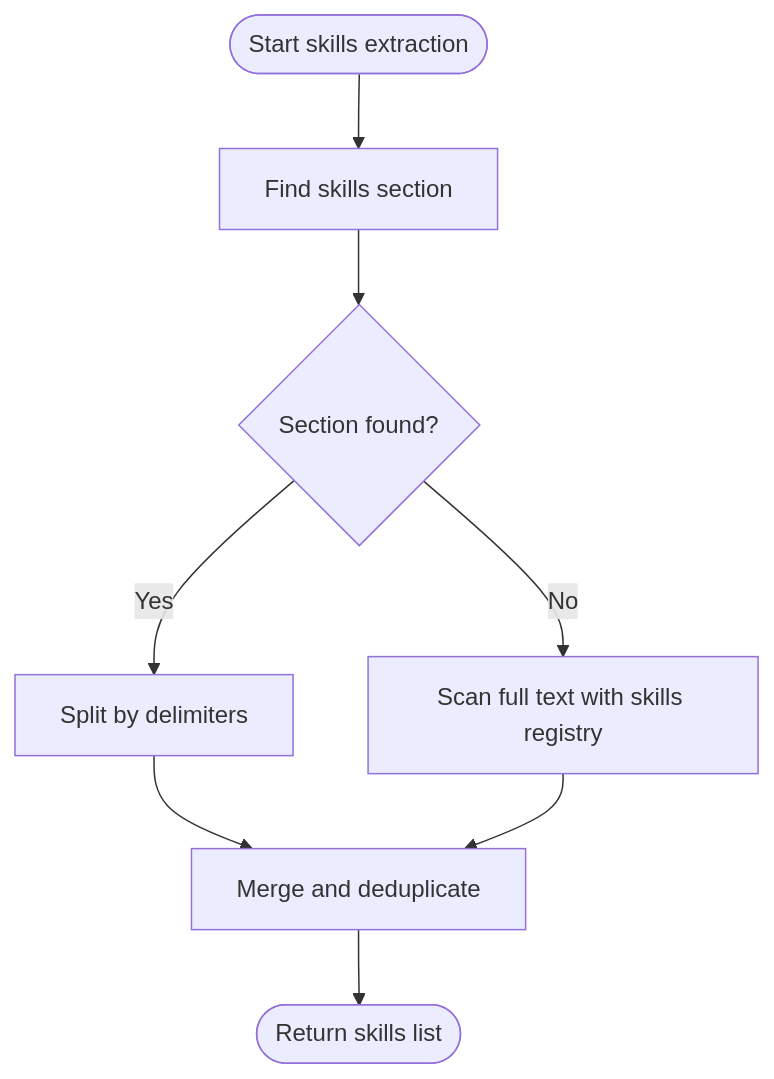
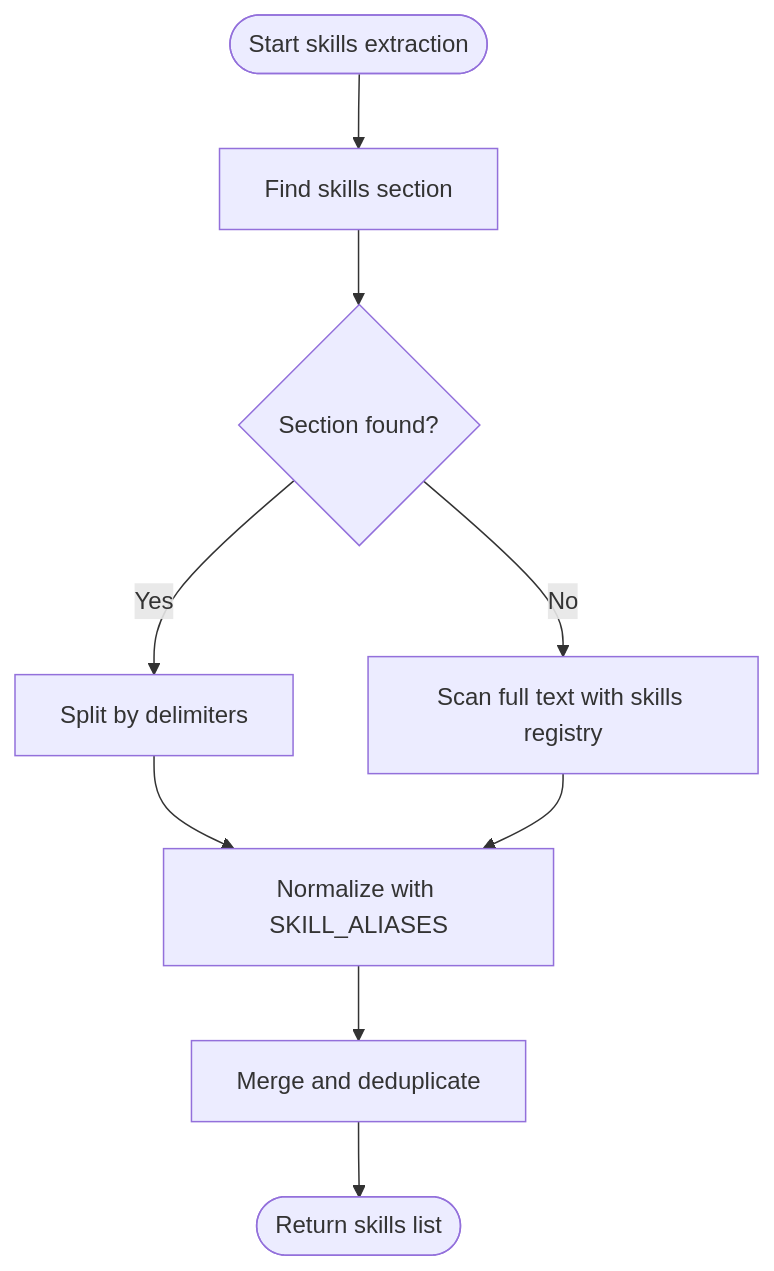
The ninth of 12 diagrams in .qoder/repowiki/en/content/Candidate Management/Resume Parsing and Extraction.md (Revanththetalogics/aireume), drawn with Mermaid before and after one commit. The commit also changed other lines of this file and 41 other files, not shown here.

````diff
--- a/.qoder/repowiki/en/content/Candidate Management/Resume Parsing and Extraction.md
+++ b/.qoder/repowiki/en/content/Candidate Management/Resume Parsing and Extraction.md
@@ -443,10 +563,11 @@
 ```mermaid
 flowchart TD
 Start(["Start skills extraction"]) --> FindSection["Find skills section"]
 FindSection --> Found{"Section found?"}
 Found --> |Yes| Split["Split by delimiters"]
 Found --> |No| ScanText["Scan full text with skills registry"]
-Split --> Merge["Merge and deduplicate"]
-ScanText --> Merge
+Split --> Normalize["Normalize with SKILL_ALIASES"]
+ScanText --> Normalize
+Normalize --> Merge["Merge and deduplicate"]
 Merge --> End(["Return skills list"])
 ```
````
